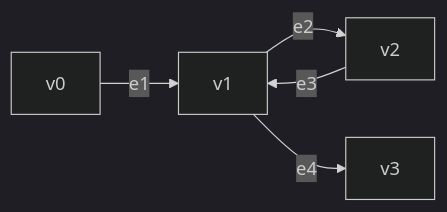
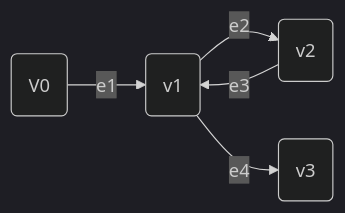
The fifth of 25 diagrams in lectures/lect-16-Graph.md (ruslylove/datastruct), drawn with Mermaid (dark theme) before and after one commit. The commit also changed other lines of this file and 2 other files, not shown here.

````diff
--- a/lectures/lect-16-Graph.md
+++ b/lectures/lect-16-Graph.md
@@ -148,7 +148,7 @@
 ```mermaid
 graph LR
-        v0 --"e1"--> v1
-        v1 --"e2"--> v2
+        v0(V0) --"e1"--> v1(v1)
+        v1 --"e2"--> v2(v2)
         v2 --"e3"--> v1
-        v1 --"e4"--> v3
+        v1 --"e4"--> v3(v3)
 ```
````
